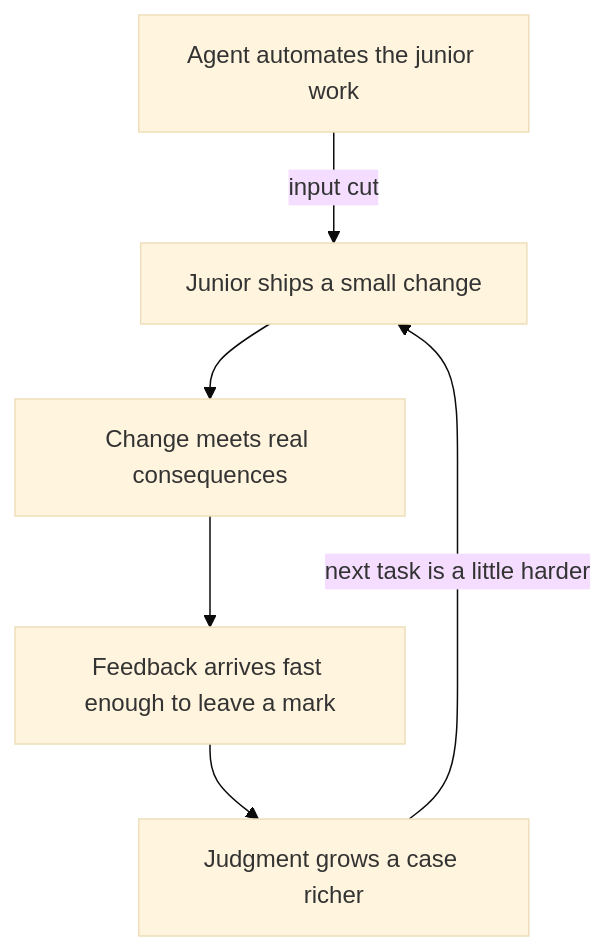
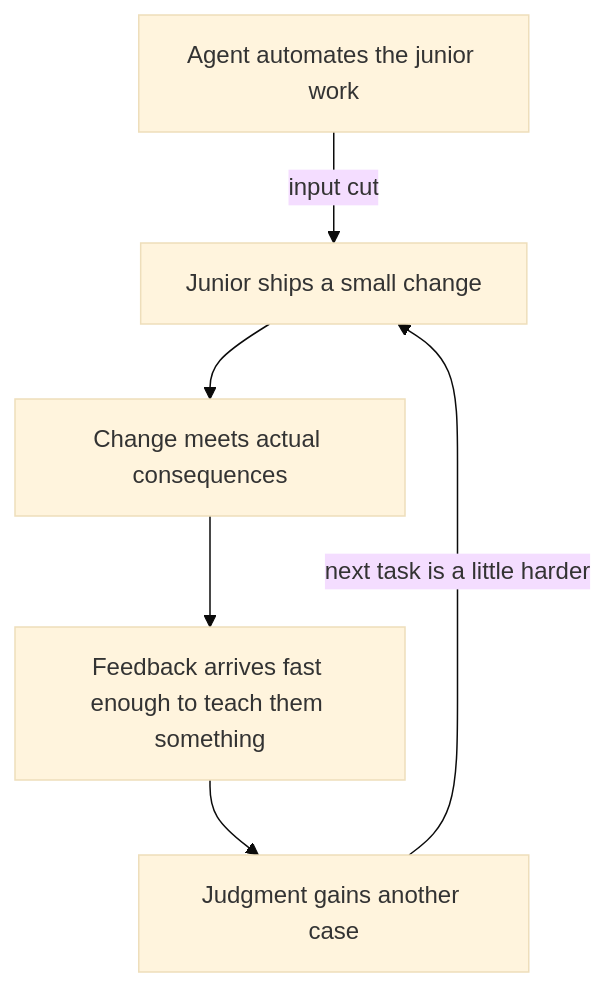
The diagram in the-apprentice-problem/index.md (tomzx/blog.tomrochette.com-content), drawn with Mermaid (base theme) before and after one commit. The commit also changed other lines of this file and 33 other files, not shown here.

````diff
--- a/the-apprentice-problem/index.md
+++ b/the-apprentice-problem/index.md
@@ -39,8 +39,8 @@
 ```mermaid
 flowchart TD
     X[Agent automates the junior work] -->|input cut| A[Junior ships a small change]
-    A --> B[Change meets real consequences]
-    B --> C[Feedback arrives fast enough to leave a mark]
-    C --> D[Judgment grows a case richer]
+    A --> B[Change meets actual consequences]
+    B --> C[Feedback arrives fast enough to teach them something]
+    C --> D[Judgment gains another case]
     D -->|next task is a little harder| A
 ```
````
